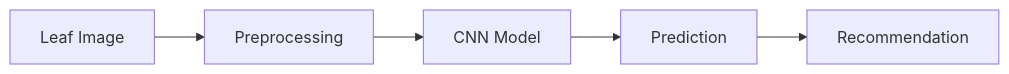
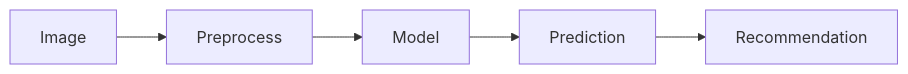
One commit to maneziezra/CropGuardAI changed the second of 2 diagrams in README.md. Above: the diagram before and after it, drawn with Mermaid. The commit also changed other lines of this file, not shown here.

````diff
--- a/README.md
+++ b/README.md
@@ -72,7 +61,4 @@
 ```mermaid
 flowchart LR
-A[Leaf Image] --> B[Preprocessing]
-B --> C[CNN Model]
-C --> D[Prediction]
-D --> E[Recommendation]
+Image-->Preprocess-->Model-->Prediction-->Recommendation
 ```
````
